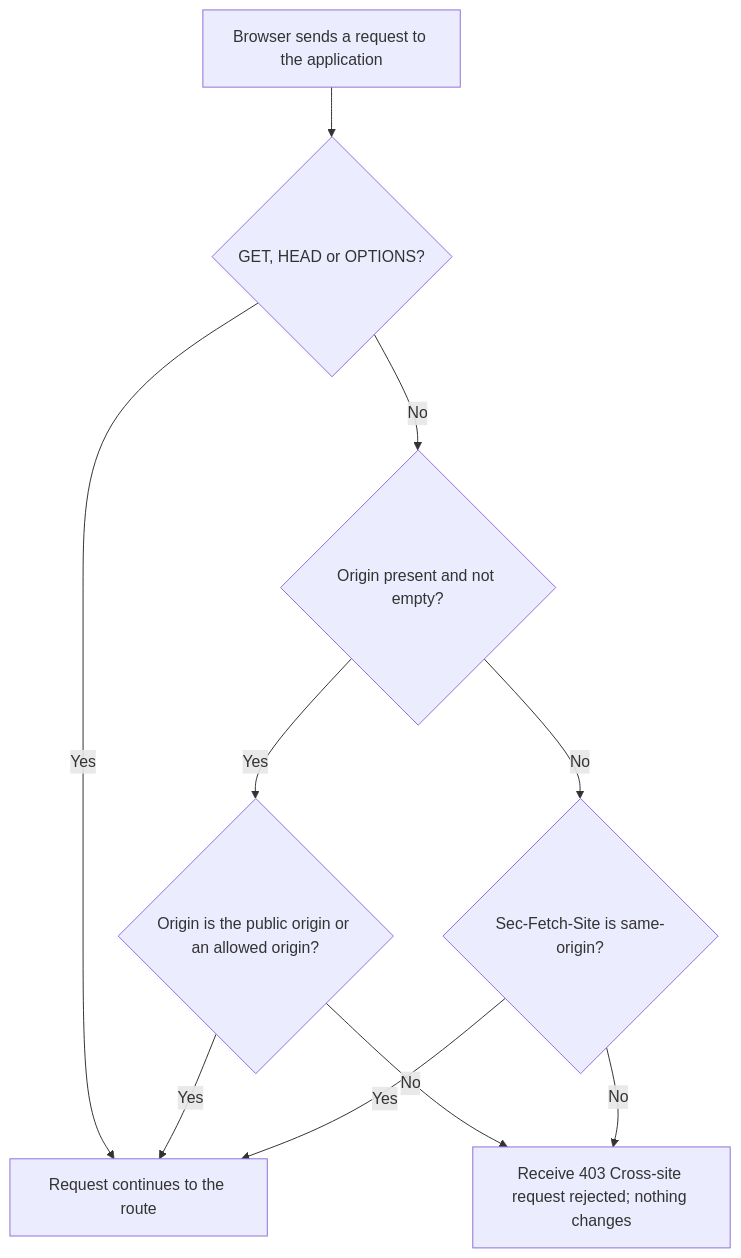
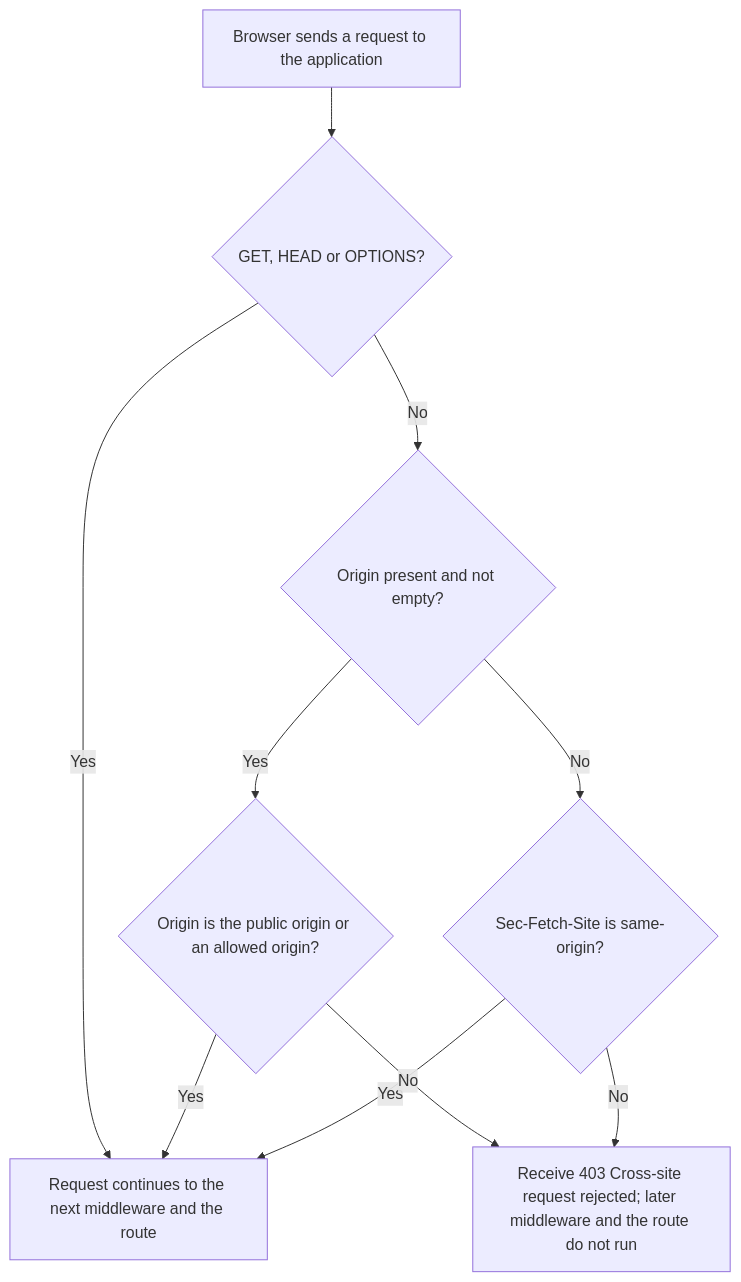
The first of 2 diagrams in user-stories/US-ORIGIN-01-refuse-cross-site-writes.md (Kevinjohn/oss-adonisjs-origin-guard), drawn with Mermaid before and after one commit. The commit also changed other lines of this file and 4 other files, not shown here.

````diff
--- a/user-stories/US-ORIGIN-01-refuse-cross-site-writes.md
+++ b/user-stories/US-ORIGIN-01-refuse-cross-site-writes.md
@@ -29,12 +29,12 @@
 ```mermaid
 flowchart TD
     A["Browser sends a request to the application"] --> B{"GET, HEAD or OPTIONS?"}
-    B -->|Yes| C["Request continues to the route"]
+    B -->|Yes| C["Request continues to the next middleware and the route"]
     B -->|No| D{"Origin present and not empty?"}
     D -->|Yes| E{"Origin is the public origin or an allowed origin?"}
     D -->|No| F{"Sec-Fetch-Site is same-origin?"}
     E -->|Yes| C
     F -->|Yes| C
-    E -->|No| G["Receive 403 Cross-site request rejected; nothing changes"]
+    E -->|No| G["Receive 403 Cross-site request rejected; later middleware and the route do not run"]
     F -->|No| G
 ```
````
